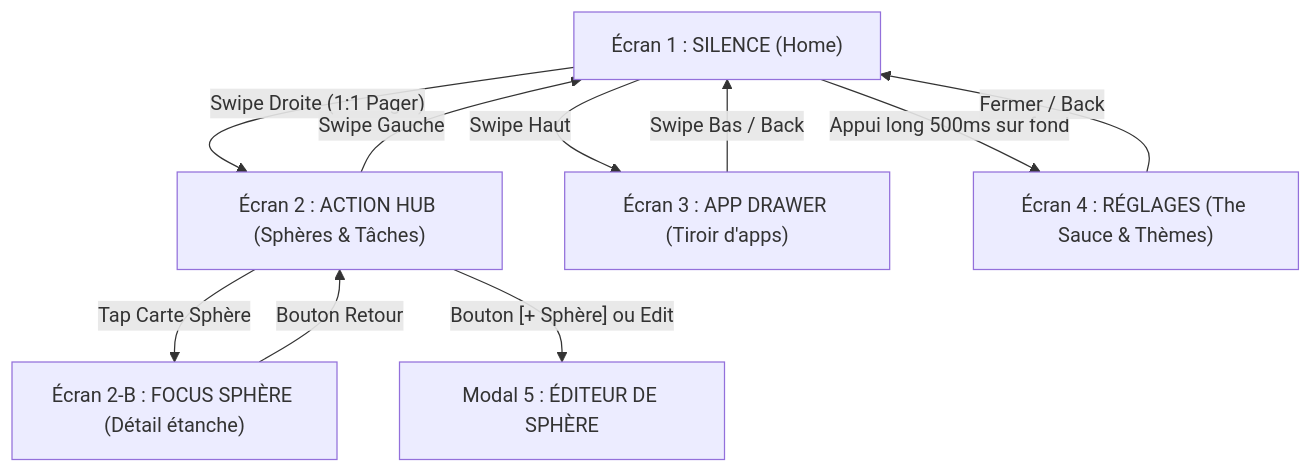
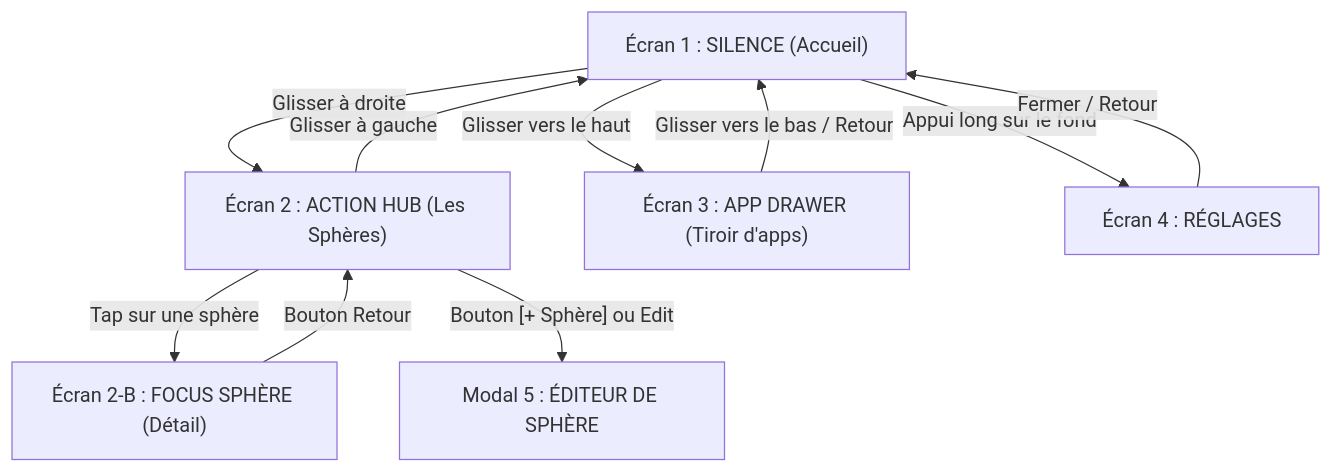
One commit to xhuriken/OSauce changed the diagram in docs/SPEC_SCREENS_AND_FEATURES.md. Above: the diagram before and after it, drawn with Mermaid. The commit also changed other lines of this file and 1 other file, not shown here.

````diff
--- a/docs/SPEC_SCREENS_AND_FEATURES.md
+++ b/docs/SPEC_SCREENS_AND_FEATURES.md
@@ -9,19 +9,19 @@
 ```mermaid
 flowchart TD
-    Silence["Écran 1 : SILENCE (Home)"]
-    ActionHub["Écran 2 : ACTION HUB (Sphères & Tâches)"]
-    SphereFocus["Écran 2-B : FOCUS SPHÈRE (Détail étanche)"]
+    Silence["Écran 1 : SILENCE (Accueil)"]
+    ActionHub["Écran 2 : ACTION HUB (Les Sphères)"]
+    SphereFocus["Écran 2-B : FOCUS SPHÈRE (Détail)"]
     AppDrawer["Écran 3 : APP DRAWER (Tiroir d'apps)"]
-    Settings["Écran 4 : RÉGLAGES (The Sauce & Thèmes)"]
+    Settings["Écran 4 : RÉGLAGES"]
     EditSphereModal["Modal 5 : ÉDITEUR DE SPHÈRE"]
 
-    Silence -- "Swipe Droite (1:1 Pager)" --> ActionHub
-    ActionHub -- "Swipe Gauche" --> Silence
-    ActionHub -- "Tap Carte Sphère" --> SphereFocus
+    Silence -- "Glisser à droite" --> ActionHub
+    ActionHub -- "Glisser à gauche" --> Silence
+    ActionHub -- "Tap sur une sphère" --> SphereFocus
     SphereFocus -- "Bouton Retour" --> ActionHub
-    Silence -- "Swipe Haut" --> AppDrawer
-    AppDrawer -- "Swipe Bas / Back" --> Silence
-    Silence -- "Appui long 500ms sur fond" --> Settings
-    Settings -- "Fermer / Back" --> Silence
+    Silence -- "Glisser vers le haut" --> AppDrawer
+    AppDrawer -- "Glisser vers le bas / Retour" --> Silence
+    Silence -- "Appui long sur le fond" --> Settings
+    Settings -- "Fermer / Retour" --> Silence
     ActionHub -- "Bouton [+ Sphère] ou Edit" --> EditSphereModal
 ```
````
